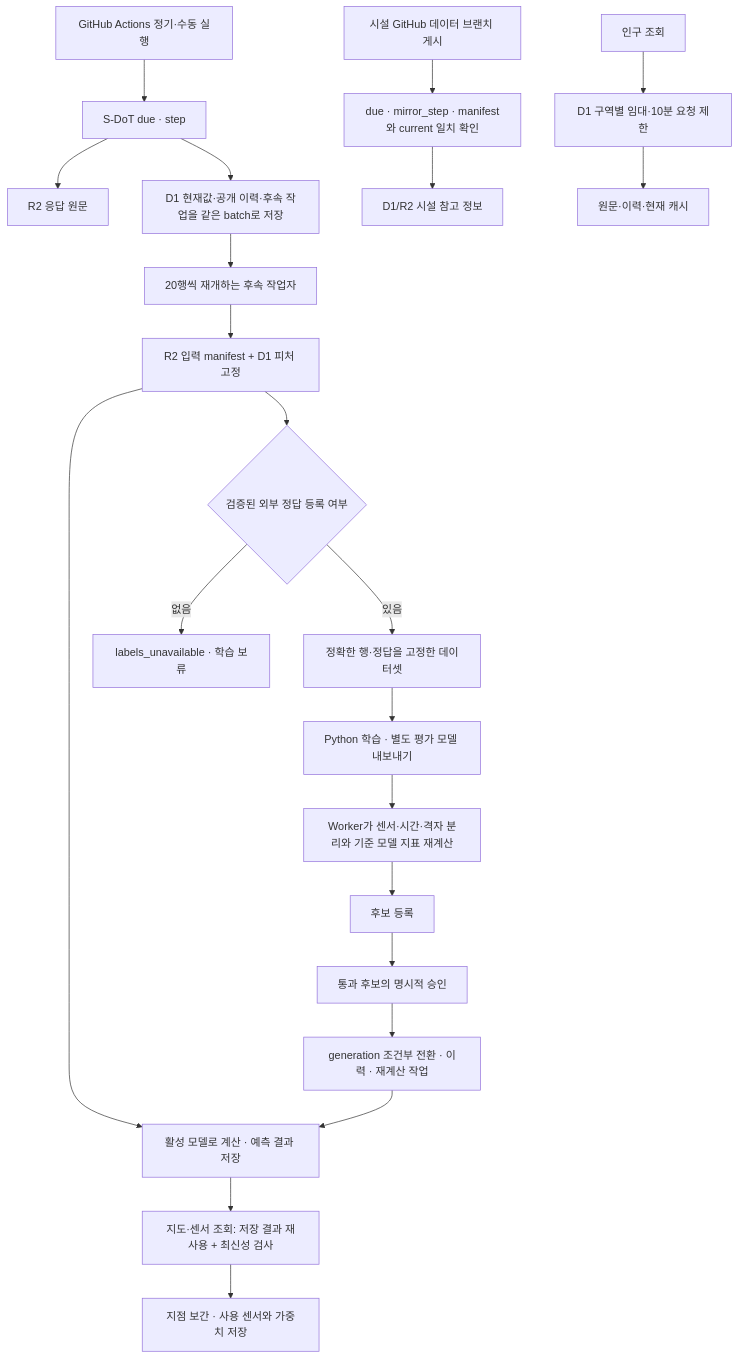
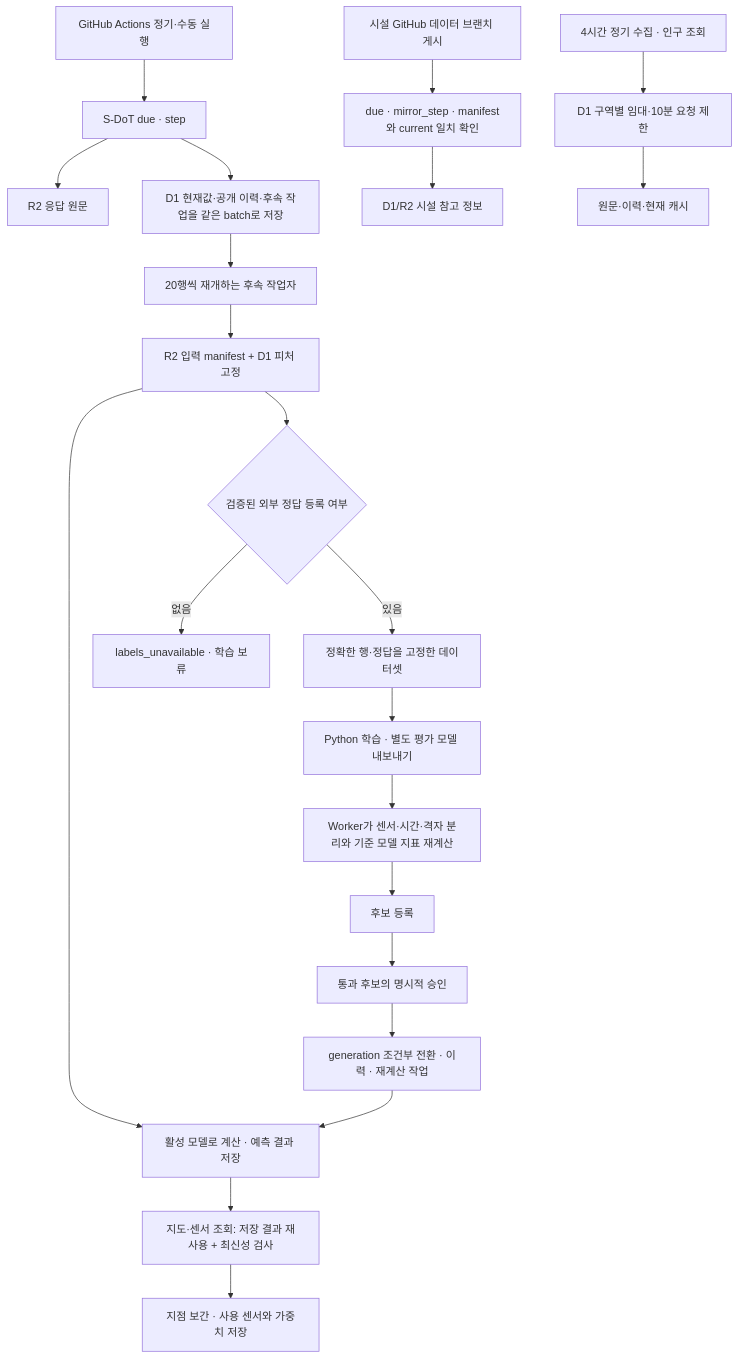
One commit to roberYM11/safenight changed the first of 2 diagrams in docs/database-structure.md. Above: the diagram before and after it, drawn with Mermaid. The commit also changed other lines of this file and 20 other files, not shown here.

````diff
--- a/docs/database-structure.md
+++ b/docs/database-structure.md
@@ -13,24 +13,24 @@
 ```mermaid
 flowchart TD
     S[GitHub Actions 정기·수동 실행] --> J[S-DoT due · step]
     J --> R[R2 응답 원문]
     J --> P[D1 현재값·공개 이력·후속 작업을 같은 batch로 저장]
     P --> D[20행씩 재개하는 후속 작업자]
     D --> F[R2 입력 manifest + D1 피처 고정]
     F --> I[활성 모델로 계산 · 예측 결과 저장]
     I --> Q[지도·센서 조회: 저장 결과 재사용 + 최신성 검사]
     Q --> A[지점 보간 · 사용 센서와 가중치 저장]
     F --> L{검증된 외부 정답 등록 여부}
     L -->|없음| N[labels_unavailable · 학습 보류]
     L -->|있음| DS[정확한 행·정답을 고정한 데이터셋]
     DS --> T[Python 학습 · 별도 평가 모델 내보내기]
     T --> V[Worker가 센서·시간·격자 분리와 기준 모델 지표 재계산]
     V --> C[후보 등록]
     C --> AP[통과 후보의 명시적 승인]
     AP --> M[generation 조건부 전환 · 이력 · 재계산 작업]
     M --> I
     FC[시설 GitHub 데이터 브랜치 게시] --> FM[due · mirror_step · manifest와 current 일치 확인]
     FM --> CT[D1/R2 시설 참고 정보]
-    POP[인구 조회] --> PL[D1 구역별 임대·10분 요청 제한]
+    POP[4시간 정기 수집 · 인구 조회] --> PL[D1 구역별 임대·10분 요청 제한]
     PL --> PC[원문·이력·현재 캐시]
 ```
````
